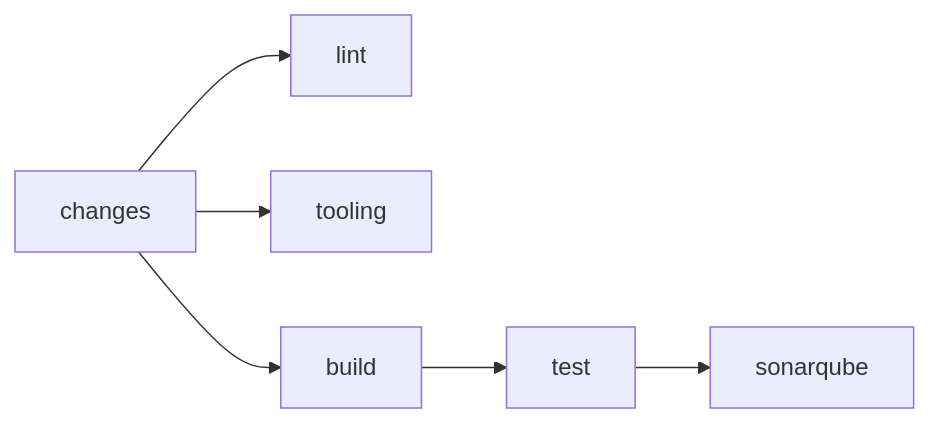
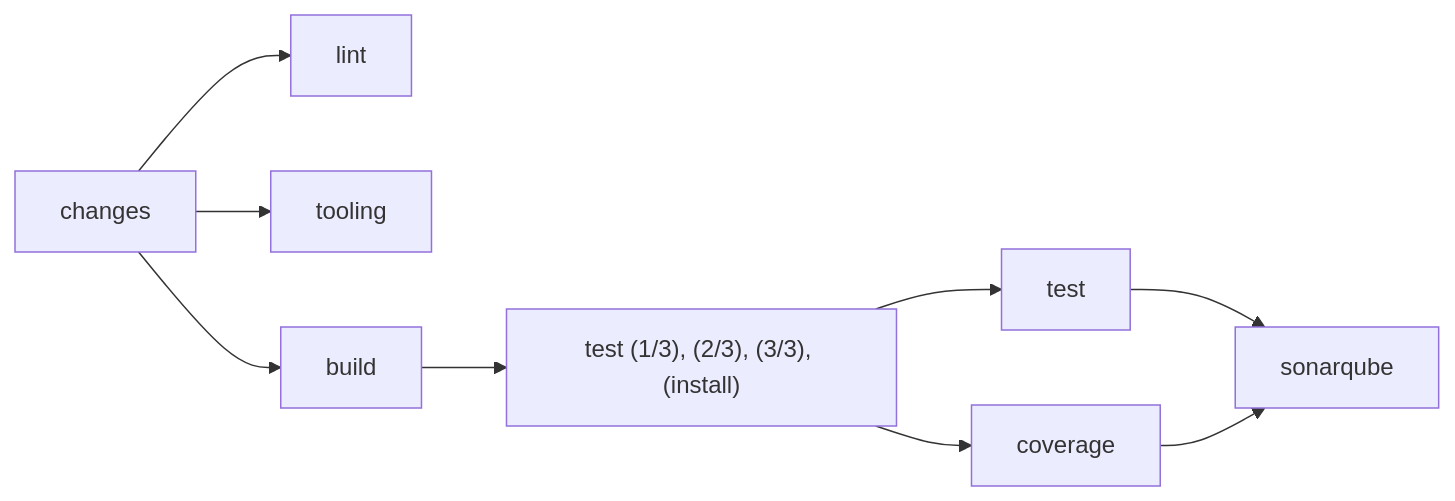
One commit to SoltuneMontepre/medilab changed the diagram in docs/infrastructure/pipelines.md. Above: the diagram before and after it, drawn with Mermaid. The commit also changed other lines of this file and 10 other files, not shown here.

````diff
--- a/docs/infrastructure/pipelines.md
+++ b/docs/infrastructure/pipelines.md
@@ -20,6 +20,8 @@
 ```mermaid
 flowchart LR
     changes --> lint
     changes --> tooling
-    changes --> build --> test --> sonarqube
+    changes --> build --> runners["test (1/3), (2/3), (3/3), (install)"]
+    runners --> test --> sonarqube
+    runners --> coverage --> sonarqube
 ```
````
